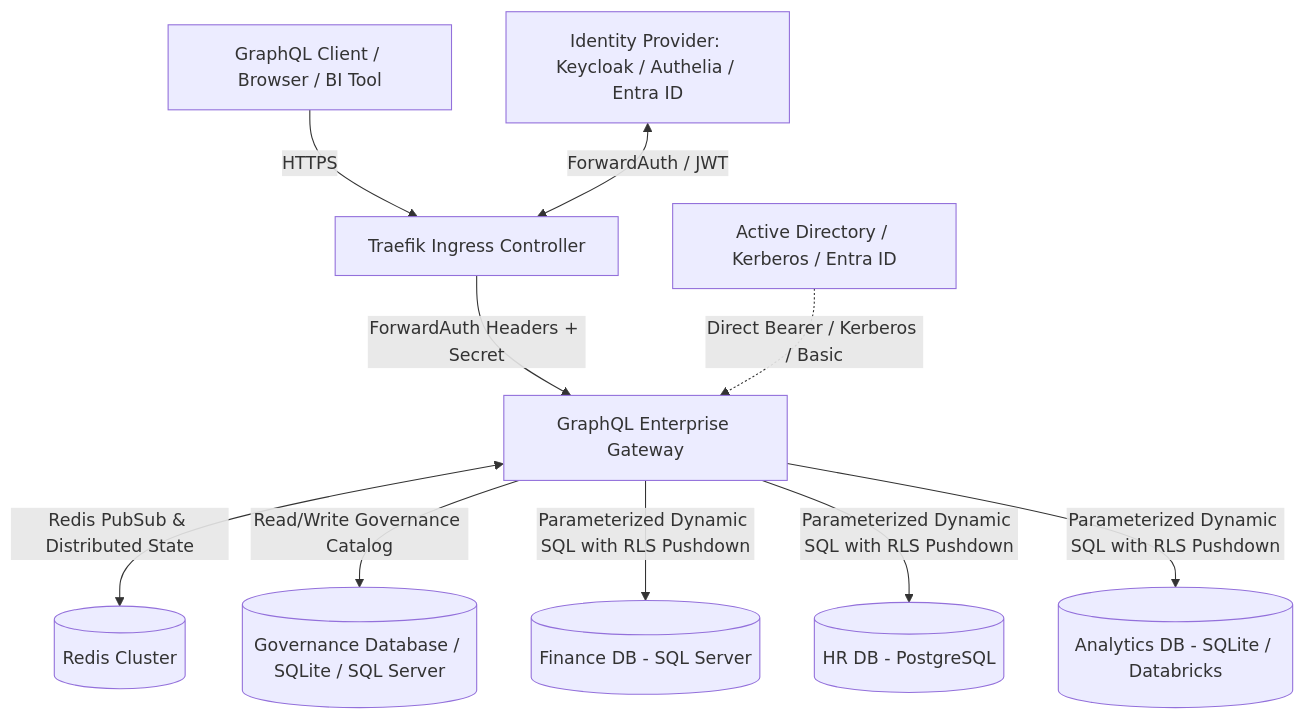
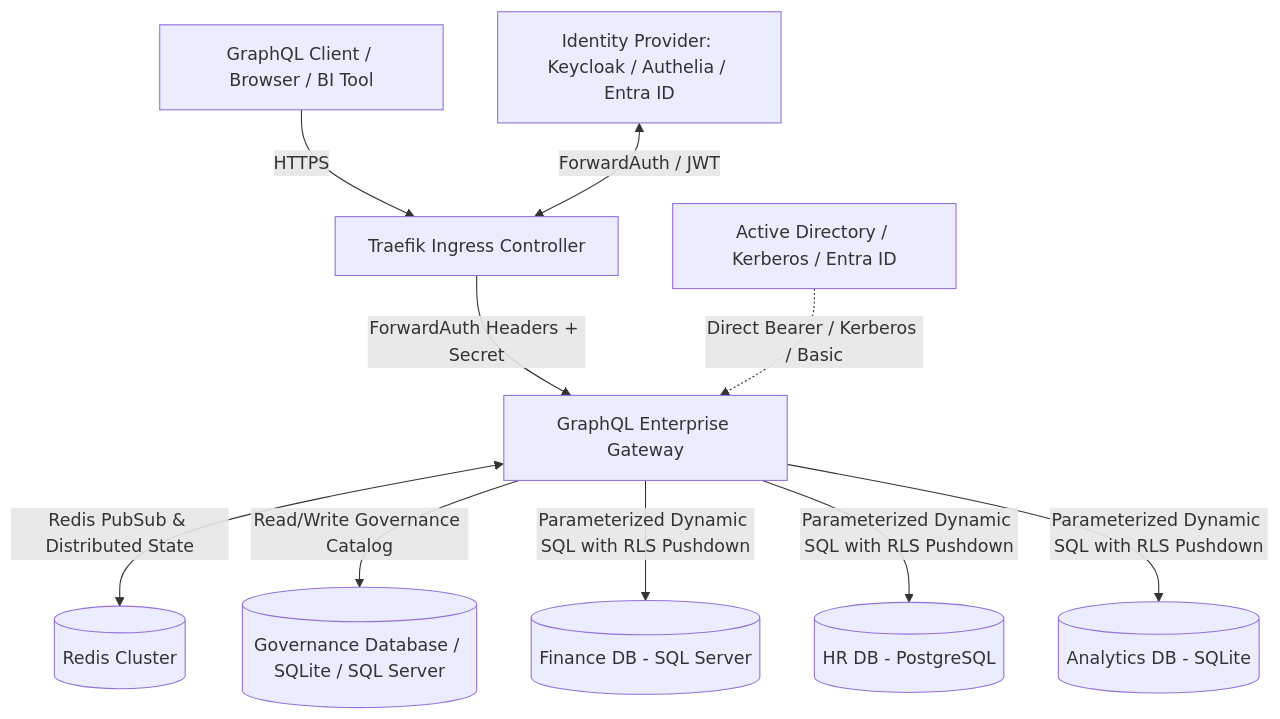
One commit to themulle/autheris changed the first of 4 diagrams in docs/architecture/arc42.md. Above: the diagram before and after it, drawn with Mermaid. The commit also changed other lines of this file and 56 other files, not shown here.

````diff
--- a/docs/architecture/arc42.md
+++ b/docs/architecture/arc42.md
@@ -43,13 +43,13 @@
 ```mermaid
 flowchart TD
     Client[GraphQL Client / Browser / BI Tool] -->|HTTPS| Ingress[Traefik Ingress Controller]
     IdP[Identity Provider: Keycloak / Authelia / Entra ID] <-->|ForwardAuth / JWT| Ingress
     Ingress -->|ForwardAuth Headers + Secret| Gateway[GraphQL Enterprise Gateway]
     AD[Active Directory / Kerberos / Entra ID] -.->|Direct Bearer / Kerberos / Basic| Gateway
 
     Gateway <-->|Redis PubSub & Distributed State| Redis[(Redis Cluster)]
     Gateway -->|Read/Write Governance Catalog| GovDB[(Governance Database / SQLite / SQL Server)]
     Gateway -->|Parameterized Dynamic SQL with RLS Pushdown| TargetDB1[(Finance DB - SQL Server)]
     Gateway -->|Parameterized Dynamic SQL with RLS Pushdown| TargetDB2[(HR DB - PostgreSQL)]
-    Gateway -->|Parameterized Dynamic SQL with RLS Pushdown| TargetDB3[(Analytics DB - SQLite / Databricks)]
+    Gateway -->|Parameterized Dynamic SQL with RLS Pushdown| TargetDB3[(Analytics DB - SQLite)]
 ```
````
